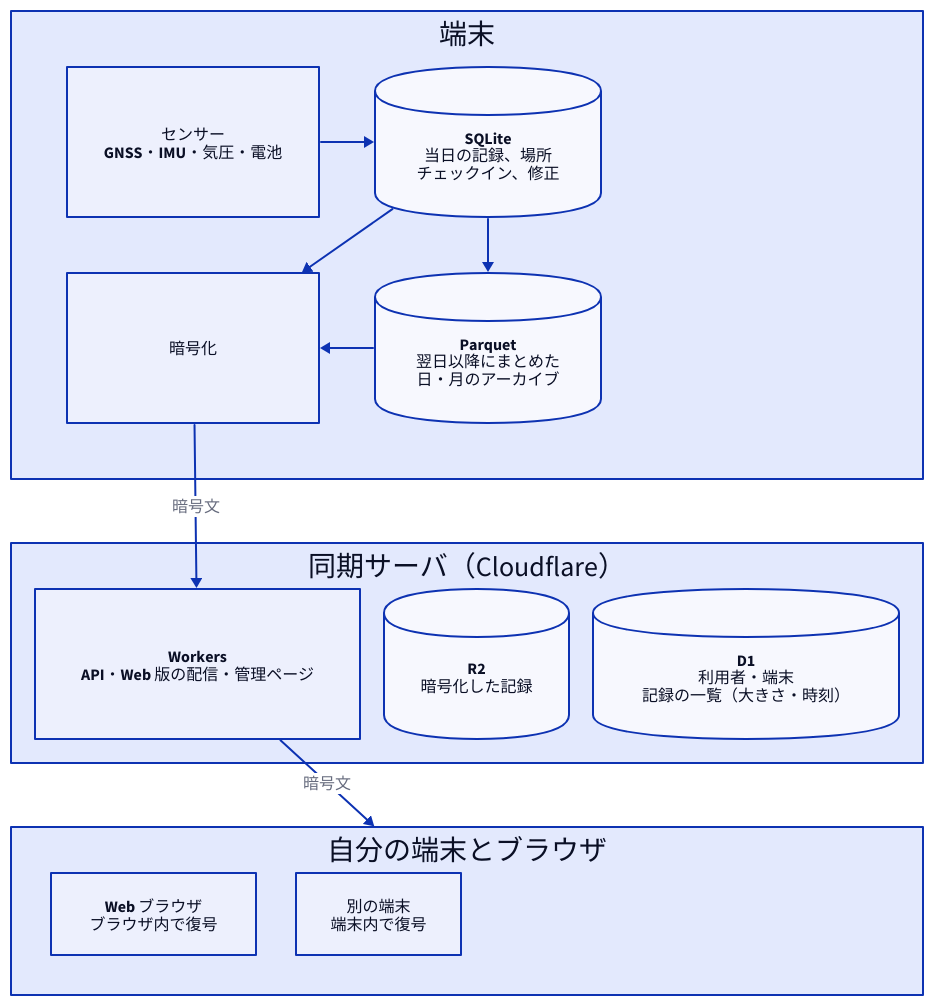
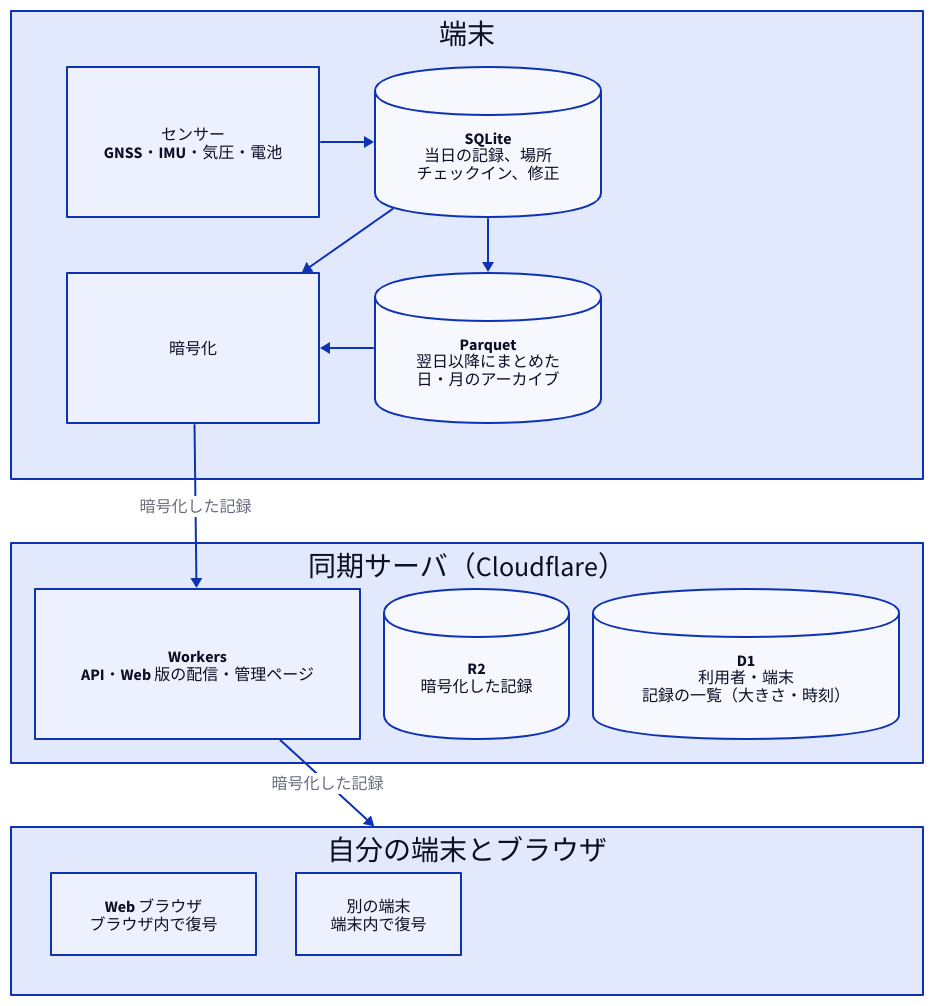
One commit to sksat/ashidori changed the diagram in docs/diagrams/readme-dataflow.d2. Above: the diagram before and after it, drawn with D2. The commit also changed 1 other file, not shown here.

Commit message:
README diagram: 暗号化した記録 instead of 暗号文
Claude-Session: https://claude.ai/code/session_017t1ggPhSxMpk4m7mc72YJC

```diff
--- a/docs/diagrams/readme-dataflow.d2
+++ b/docs/diagrams/readme-dataflow.d2
@@ -1,39 +1,39 @@
 # 記録と同期（README）
-# 復号できるのは利用者の端末とペアリングしたブラウザだけで、同期サーバには暗号文だけが届く。
+# 復号できるのは利用者の端末とペアリングしたブラウザだけで、同期サーバには暗号化した記録だけが届く。
 direction: down
 grid-rows: 3
 grid-gap: 64
 
 phone: 端末 {
   grid-columns: 2
   grid-gap: 56
   # The grid fills column by column: sensors over enc, db over archive,
   # so the ciphertext leaves from the bottom left, straight down to the server.
   sensors: "センサー\nGNSS・IMU・気圧・電池"
   enc: 暗号化
   db: "SQLite\n当日の記録、場所\nチェックイン、修正" {shape: cylinder}
   archive: "Parquet\n翌日以降にまとめた\n日・月のアーカイブ" {shape: cylinder}
 
   sensors -> db
   db -> archive
   archive -> enc
   db -> enc
 }
 
 server: "同期サーバ（Cloudflare）" {
   grid-columns: 3
   grid-gap: 24
   workers: "Workers\nAPI・Web 版の配信・管理ページ"
   r2: "R2\n暗号化した記録" {shape: cylinder}
   d1: "D1\n利用者・端末\n記録の一覧（大きさ・時刻）" {shape: cylinder}
 }
 
 readers: "自分の端末とブラウザ" {
   grid-columns: 2
   grid-gap: 40
   web: "Web ブラウザ\nブラウザ内で復号"
   other: "別の端末\n端末内で復号"
 }
 
-phone.enc -> server.workers: 暗号文
-server.workers -> readers: 暗号文
+phone.enc -> server.workers: 暗号化した記録
+server.workers -> readers: 暗号化した記録
```
